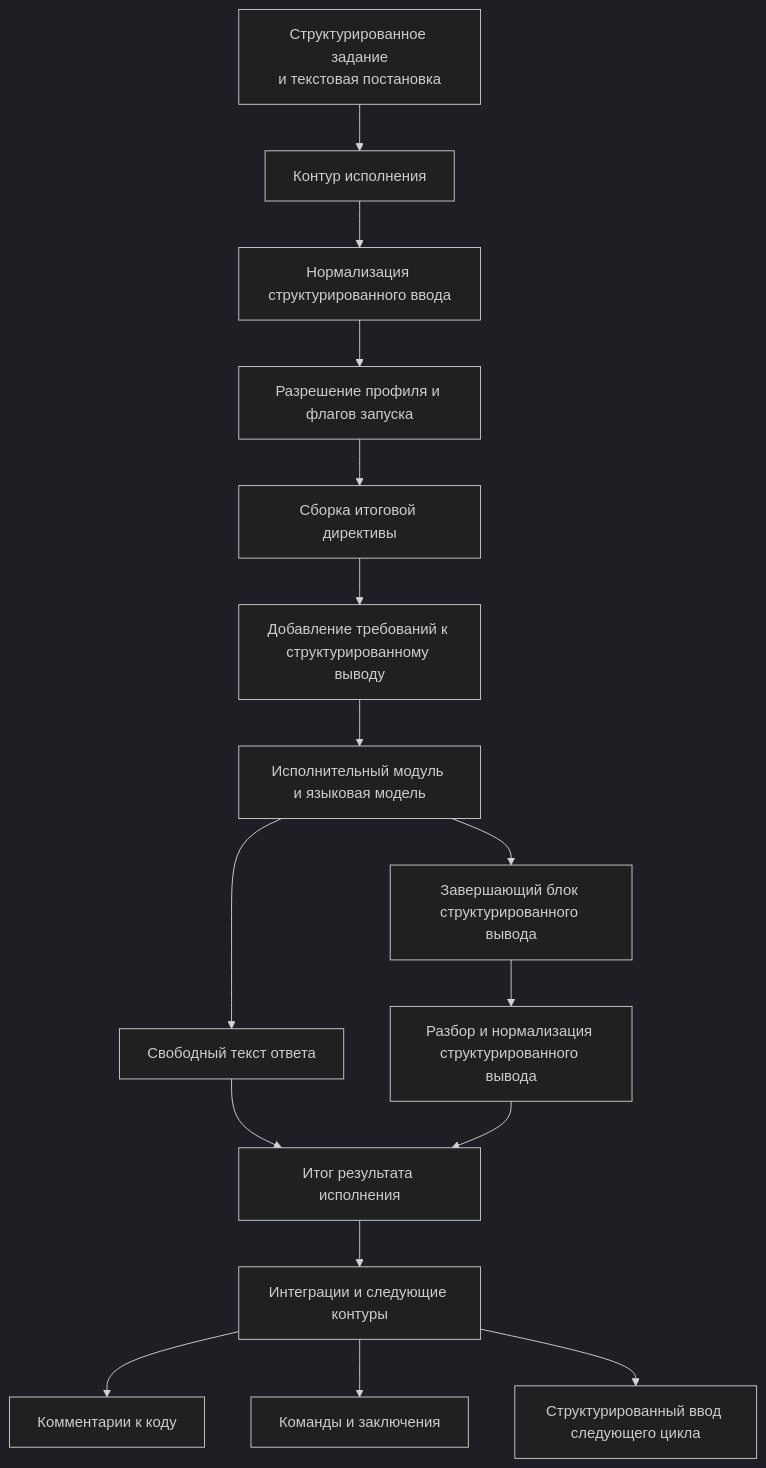
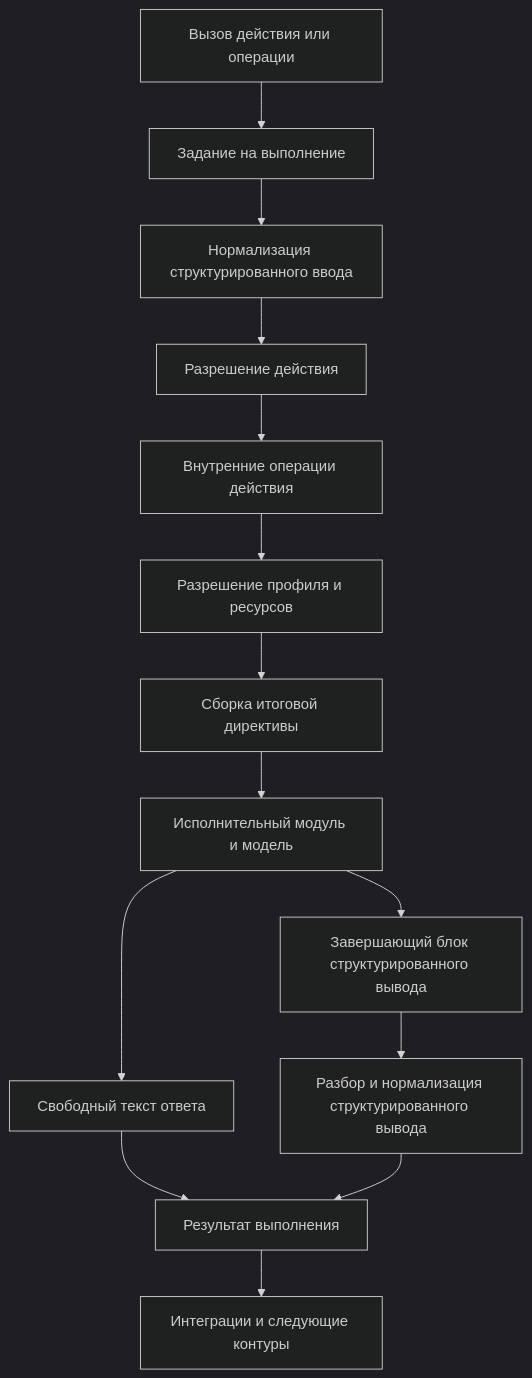
Before and after one commit to rasungatullin/progress: the diagram in docs/contours/execution/STRUCTURED_IO.md, drawn with Mermaid (dark theme). The commit also changed other lines of this file and 24 other files, not shown here.

````diff
--- a/docs/contours/execution/STRUCTURED_IO.md
+++ b/docs/contours/execution/STRUCTURED_IO.md
@@ -67,18 +66,16 @@
 ```mermaid
 flowchart TD
-    A[Структурированное задание<br/>и текстовая постановка] --> B[Контур исполнения]
+    A[Вызов действия или операции] --> B[Задание на выполнение]
     B --> C[Нормализация структурированного ввода]
-    C --> D[Разрешение профиля и флагов запуска]
-    D --> E[Сборка итоговой директивы]
-    E --> F[Добавление требований к структурированному выводу]
-    F --> G[Исполнительный модуль и языковая модель]
-    G --> H[Свободный текст ответа]
-    G --> I[Завершающий блок структурированного вывода]
-    I --> J[Разбор и нормализация структурированного вывода]
-    H --> K[Итог результата исполнения]
-    J --> K
-    K --> L[Интеграции и следующие контуры]
-    L --> M[Комментарии к коду]
-    L --> N[Команды и заключения]
-    L --> O[Структурированный ввод следующего цикла]
+    C --> D[Разрешение действия]
+    D --> E[Внутренние операции действия]
+    E --> F[Разрешение профиля и ресурсов]
+    F --> G[Сборка итоговой директивы]
+    G --> H[Исполнительный модуль и модель]
+    H --> I[Свободный текст ответа]
+    H --> J[Завершающий блок структурированного вывода]
+    J --> K[Разбор и нормализация структурированного вывода]
+    I --> L[Результат выполнения]
+    K --> L
+    L --> M[Интеграции и следующие контуры]
 ```
````
